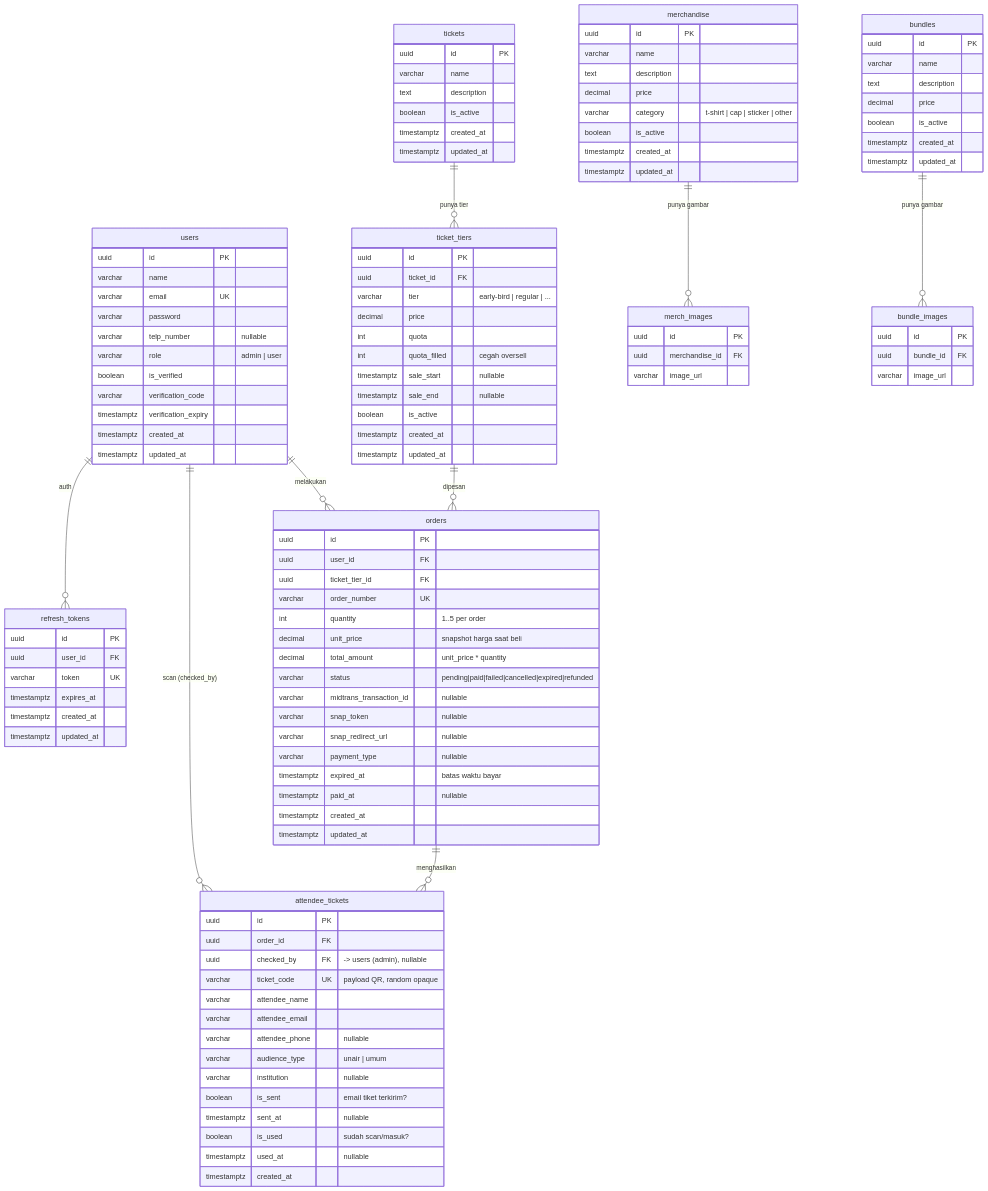
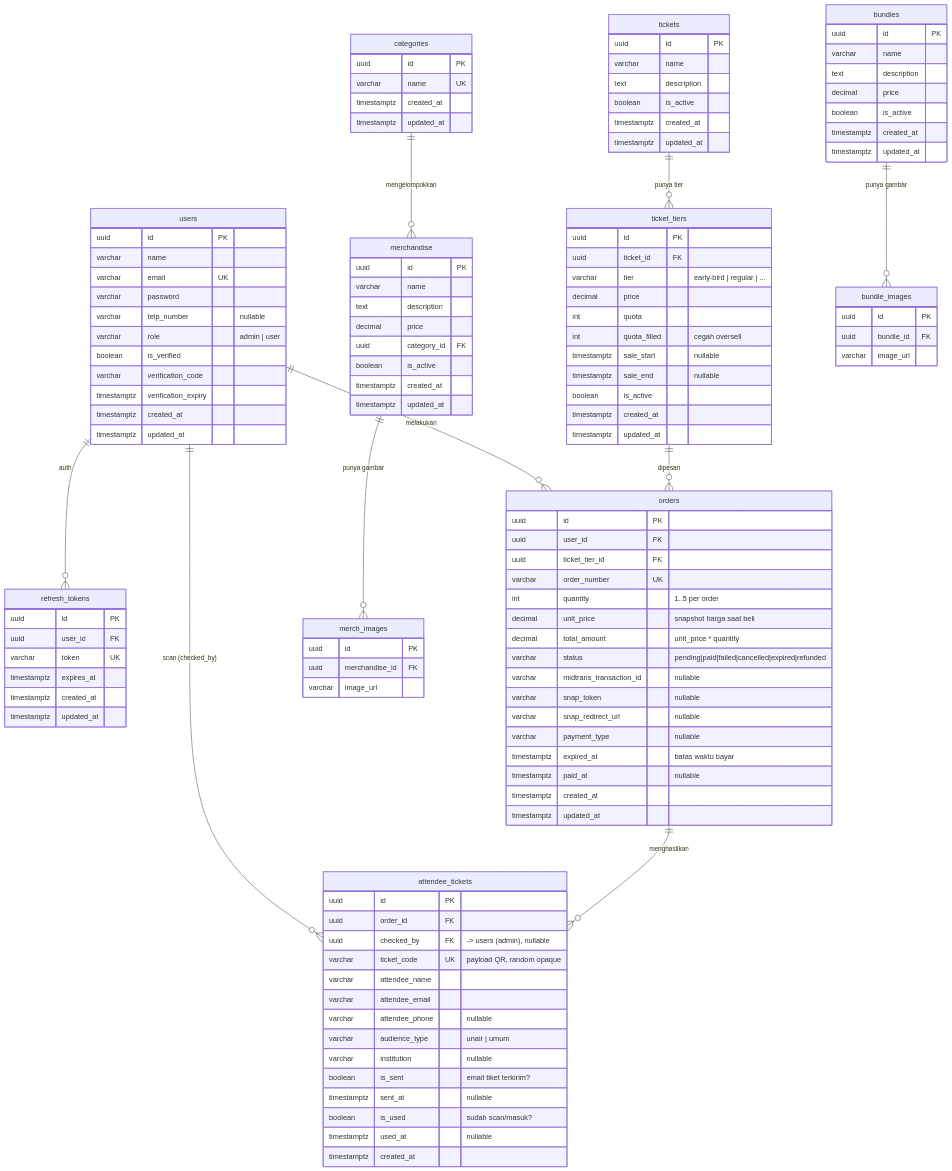
One commit to webdevtedxuniversitasairlangga2025/tedx-be changed the first of 4 diagrams in docs/database-schema.md. Above: the diagram before and after it, drawn with Mermaid. The commit also changed other lines of this file and 4 other files, not shown here.

```diff
--- a/docs/database-schema.md
+++ b/docs/database-schema.md
@@ -39,6 +39,7 @@
     tickets ||--o{ ticket_tiers : "punya tier"
     ticket_tiers ||--o{ orders : "dipesan"
     orders ||--o{ attendee_tickets : "menghasilkan"
+    categories ||--o{ merchandise : "mengelompokkan"
     merchandise ||--o{ merch_images : "punya gambar"
     bundles ||--o{ bundle_images : "punya gambar"
 
@@ -70,8 +71,15 @@
         varchar name
         text description
         decimal price
-        varchar category "t-shirt | cap | sticker | other"
+        uuid category_id FK
         boolean is_active
+        timestamptz created_at
+        timestamptz updated_at
+    }
+
+    categories {
+        uuid id PK
+        varchar name UK
         timestamptz created_at
         timestamptz updated_at
     }
```
